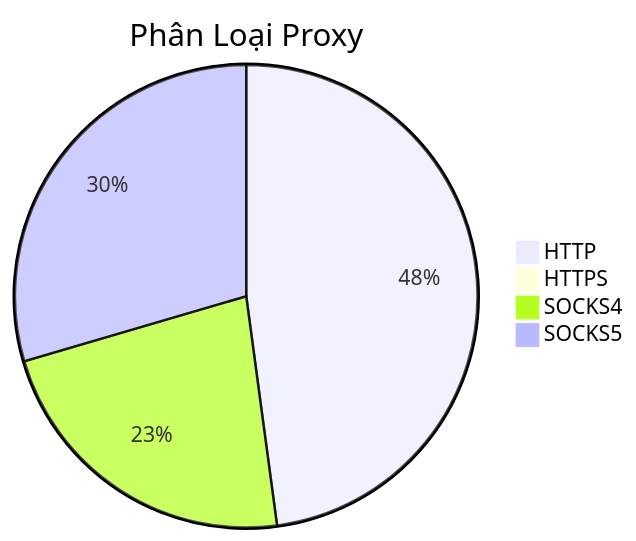
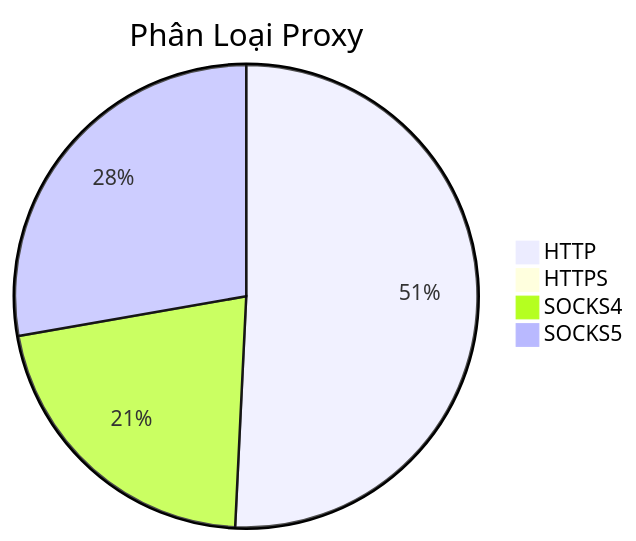
Before and after one commit to Ciara-12/PROXY-free: the diagram in README.md, drawn with Mermaid. The commit also changed other lines of this file and 3 other files, not shown here.

````diff
--- a/README.md
+++ b/README.md
@@ -26,7 +26,7 @@
 ```mermaid
 pie title Phân Loại Proxy
-    "HTTP" : 551
+    "HTTP" : 664
     "HTTPS" : 0
-    "SOCKS4" : 260
-    "SOCKS5" : 340
+    "SOCKS4" : 281
+    "SOCKS5" : 363
 ```
````
